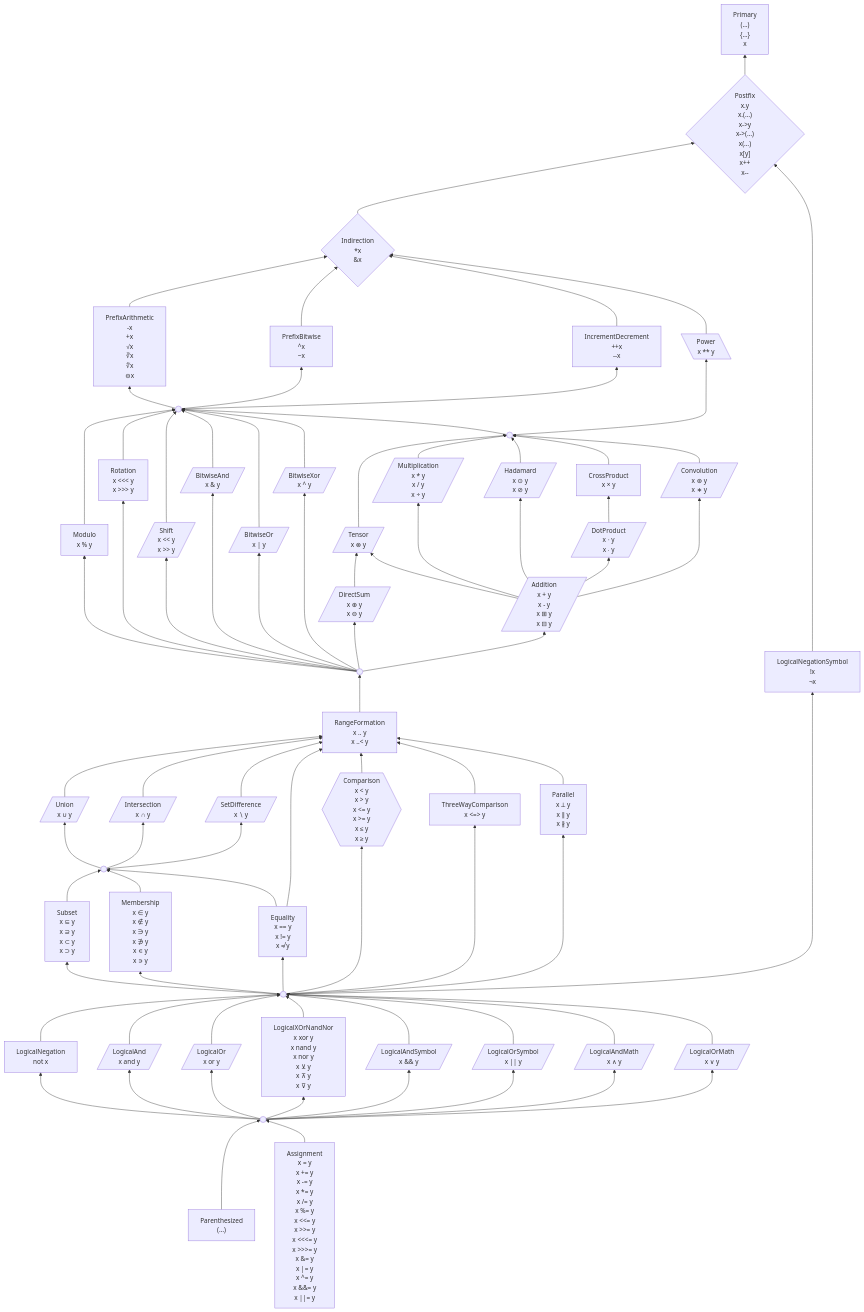
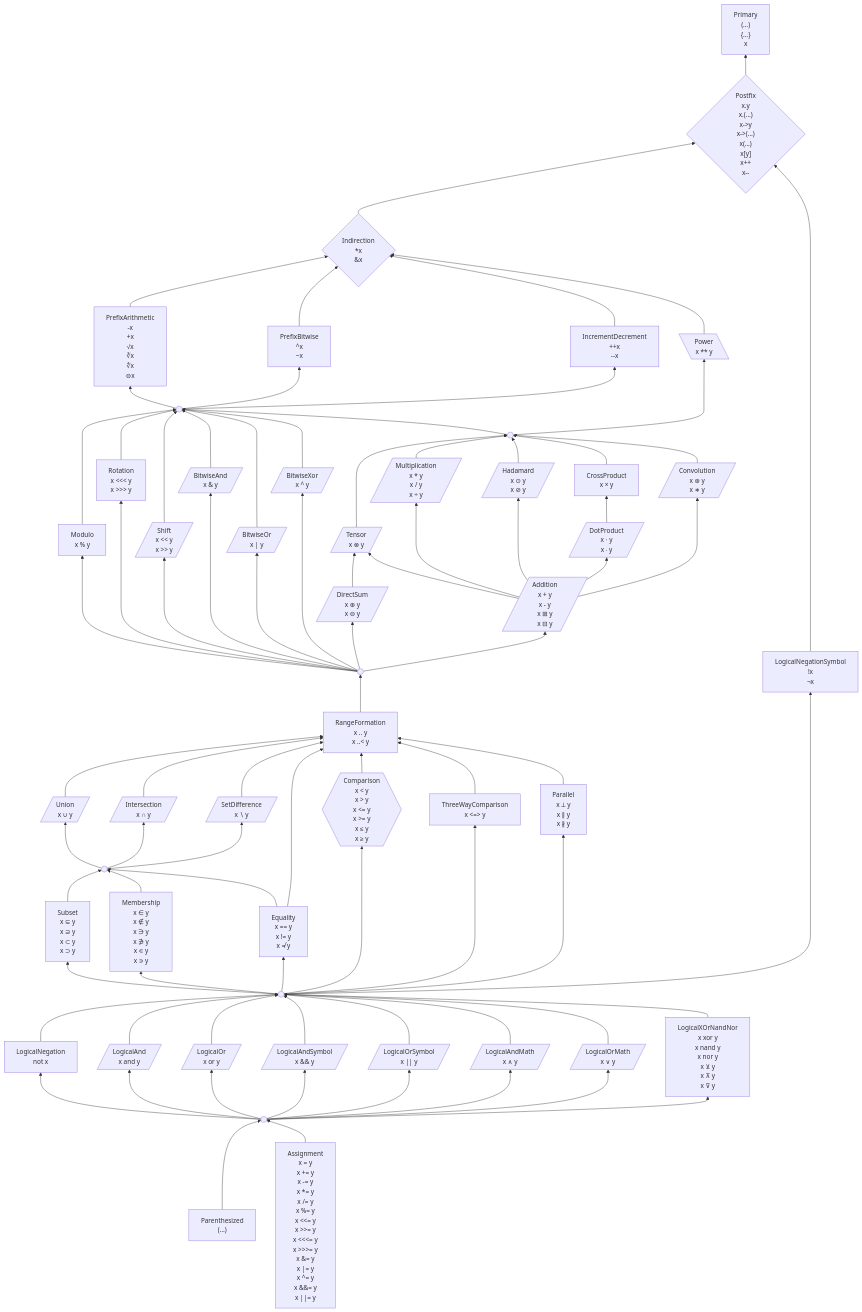
The first of 3 diagrams in 6 .../2 Unfinished Ideas.md (laro/Cilia), drawn with Mermaid before and after one commit.

Commit message:
Update 2 Unfinished Ideas.md

```diff
--- a/6 .../2 Unfinished Ideas.md
+++ b/6 .../2 Unfinished Ideas.md
@@ -387,18 +387,11 @@
     %% as["Cast
 %%x as T"]
 
-    and & or & xorNandNor & andSymbol & orSymbol & andMath & orMath --> logicalOperand
+    and & or & andSymbol & orSymbol & andMath & orMath & xorNandNor --> logicalOperand
     and[/"LogicalAnd
 x and y"/]
     or[/"LogicalOr
 x or y"/]
-    xorNandNor["LogicalXOrNandNor
-x xor y
-x nand y
-x nor y
-x ⊻ y
-x ⊼ y
-x ⊽ y"]
     andSymbol[/"LogicalAndSymbol
 x && y"/]
     orSymbol[/"LogicalOrSymbol
@@ -407,11 +400,18 @@
 x ∧ y"/]
     orMath[/"LogicalOrMath
 x ∨ y"/]
+    xorNandNor["LogicalXOrNandNor
+x xor y
+x nand y
+x nor y
+x ⊻ y
+x ⊼ y
+x ⊽ y"]
 
 
     %% logicalExpression ---> as
     %% `not` is unordered relative to `and`, `or`, …: `not a and b` requires parentheses
-    logicalExpression --> not & and & or & xorNandNor & andSymbol & orSymbol & andMath & orMath
+    logicalExpression --> not & and & or & andSymbol & orSymbol & andMath & orMath & xorNandNor
     logicalExpression((" "))
 
 
```
